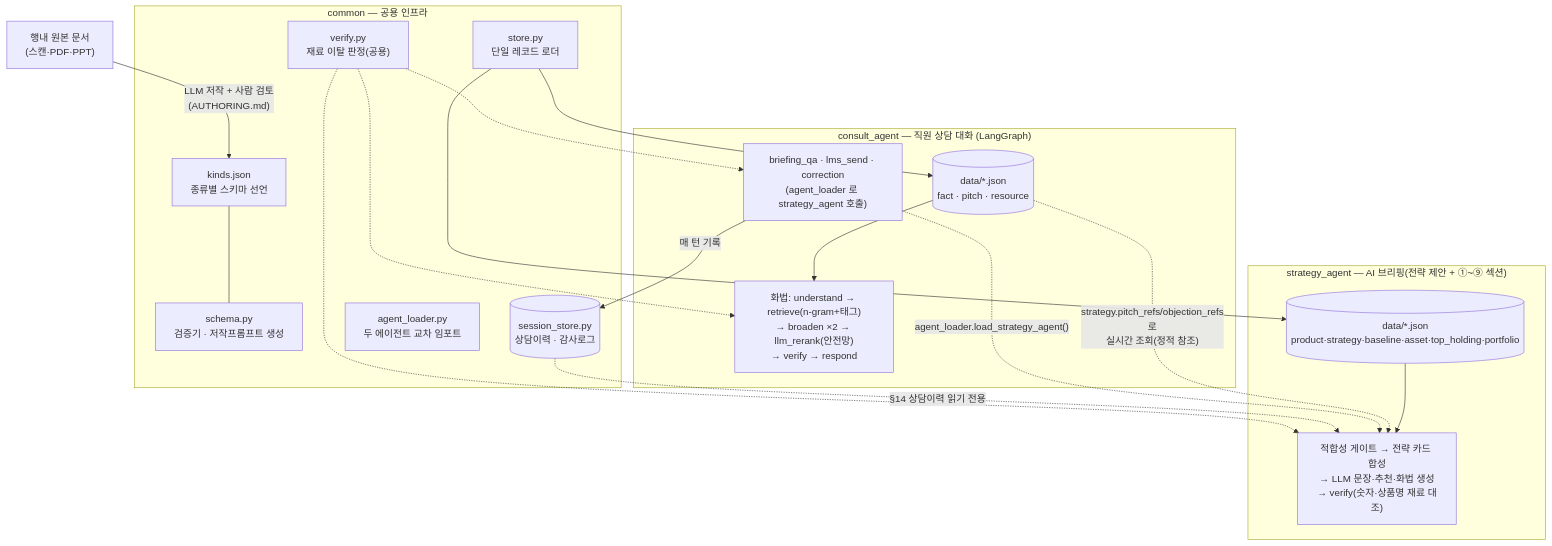
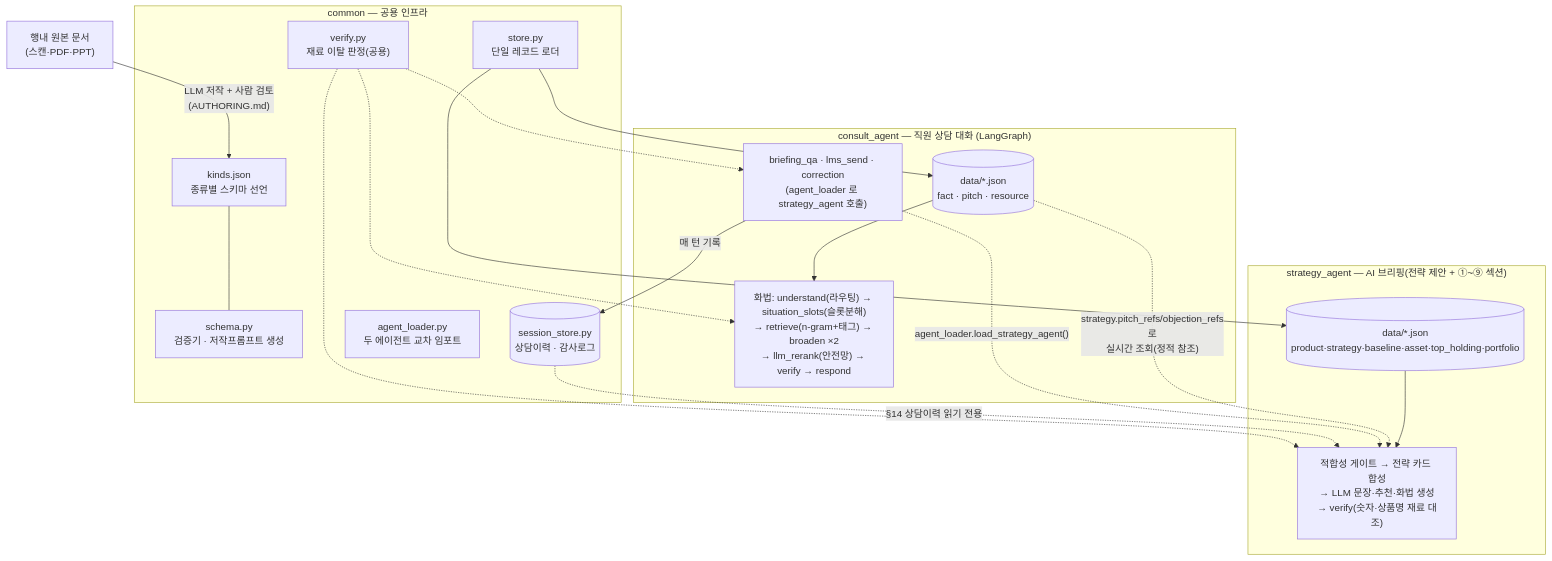
One commit to 09sunwoo-a/Pension_agent changed the diagram in src/README.md. Above: the diagram before and after it, drawn with Mermaid. The commit also changed 6 other files, not shown here.

First line of the commit message:
consult_agent: understand()에서 화법 슬롯 추출 분리(situation_slots)

````diff
--- a/src/README.md
+++ b/src/README.md
@@ -27,36 +27,36 @@
 ```mermaid
 flowchart TB
     DOC["행내 원본 문서<br/>(스캔·PDF·PPT)"] -->|"LLM 저작 + 사람 검토<br/>(AUTHORING.md)"| KINDS
 
     subgraph COMMON["common — 공용 인프라"]
         KINDS["kinds.json<br/>종류별 스키마 선언"]
         SCHEMA["schema.py<br/>검증기 · 저작프롬프트 생성"]
         STORE["store.py<br/>단일 레코드 로더"]
         VERIFY["verify.py<br/>재료 이탈 판정(공용)"]
         SESSION[("session_store.py<br/>상담이력 · 감사로그")]
         LOADER["agent_loader.py<br/>두 에이전트 교차 임포트"]
         KINDS --- SCHEMA
     end
 
     STORE --> PDATA
     STORE --> SDATA
 
     subgraph CONSULT["consult_agent — 직원 상담 대화 (LangGraph)"]
         PDATA[("data/*.json<br/>fact · pitch · resource")]
-        PDATA --> FLOW1["화법: understand → retrieve(n-gram+태그)<br/>→ broaden ×2 → llm_rerank(안전망)<br/>→ verify → respond"]
+        PDATA --> FLOW1["화법: understand(라우팅) → situation_slots(슬롯분해)<br/>→ retrieve(n-gram+태그) → broaden ×2<br/>→ llm_rerank(안전망) → verify → respond"]
         FLOW3["briefing_qa · lms_send · correction<br/>(agent_loader 로 strategy_agent 호출)"]
     end
 
     subgraph STRATEGY["strategy_agent — AI 브리핑(전략 제안 + ①~⑨ 섹션)"]
         SDATA[("data/*.json<br/>product·strategy·baseline·asset·top_holding·portfolio")]
         SDATA --> FLOW2["적합성 게이트 → 전략 카드 합성<br/>→ LLM 문장·추천·화법 생성<br/>→ verify(숫자·상품명 재료 대조)"]
     end
 
     PDATA -.->|"strategy.pitch_refs/objection_refs로<br/>실시간 조회(정적 참조)"| FLOW2
     FLOW3 -.->|"agent_loader.load_strategy_agent()"| FLOW2
     FLOW3 -->|"매 턴 기록"| SESSION
     SESSION -.->|"§14 상담이력 읽기 전용"| FLOW2
     VERIFY -.-> FLOW1
     VERIFY -.-> FLOW2
     VERIFY -.-> FLOW3
 ```
````
